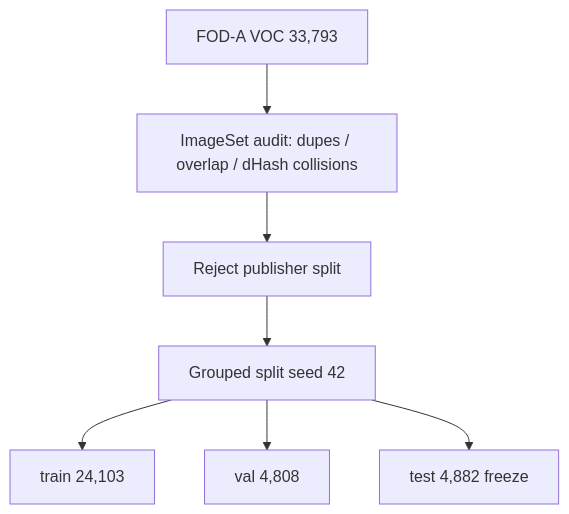
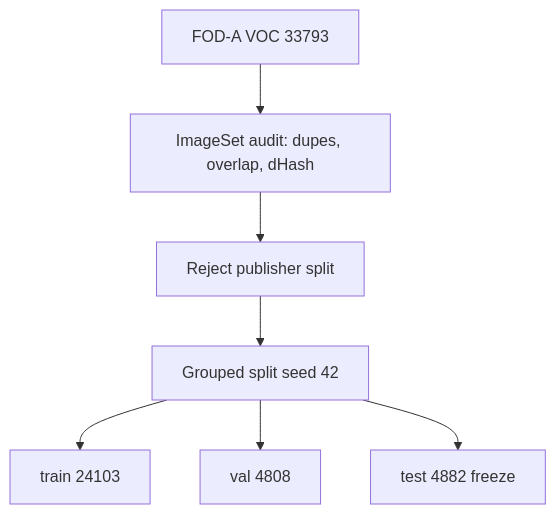
One commit to riyaz-ahamed-07/RunwayGuard changed the second of 2 diagrams in README.md. Above: the diagram before and after it, drawn with Mermaid. The commit also changed other lines of this file and 4 other files, not shown here.

Commit message:
docs(readme): fix Mermaid and drop empty demo sample.

````diff
--- a/README.md
+++ b/README.md
@@ -116,14 +116,14 @@
 ```mermaid
 flowchart TB
-  RAW[FOD-A VOC 33,793]
-  AUDIT[ImageSet audit: dupes / overlap / dHash collisions]
-  REJECT[Reject publisher split]
-  GROUP[Grouped split seed 42]
-  T[train 24,103]
-  V[val 4,808]
-  TE[test 4,882 freeze]
+  RAW["FOD-A VOC 33793"]
+  AUDIT["ImageSet audit: dupes, overlap, dHash"]
+  REJECT["Reject publisher split"]
+  GROUP["Grouped split seed 42"]
+  T["train 24103"]
+  V["val 4808"]
+  TE["test 4882 freeze"]
   RAW --> AUDIT --> REJECT --> GROUP
   GROUP --> T
   GROUP --> V
   GROUP --> TE
 ```
````
